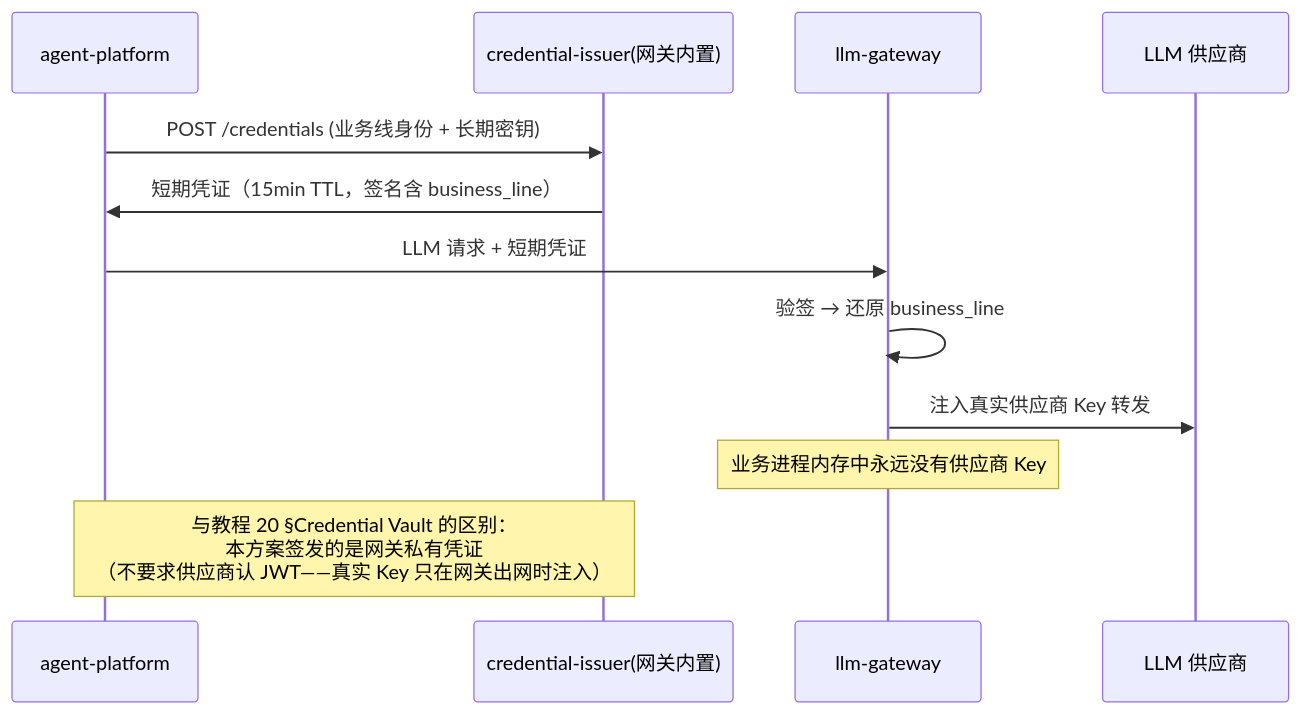
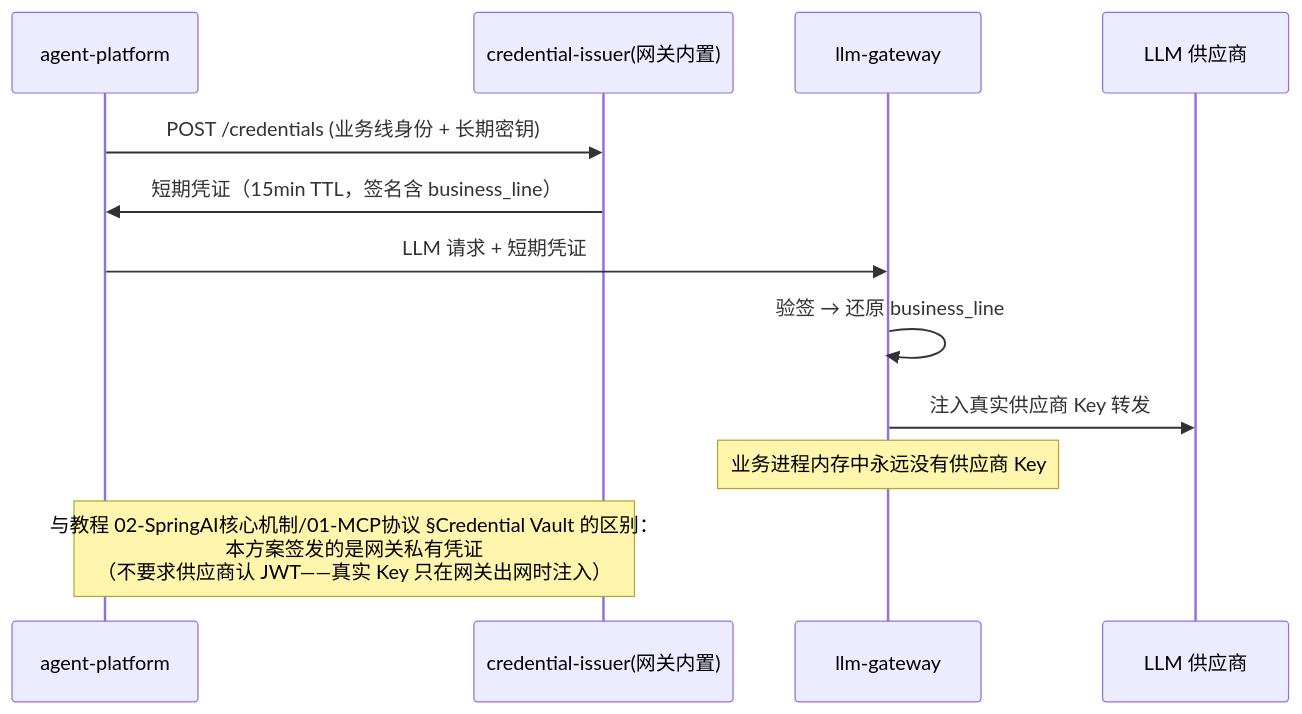
The second of 2 diagrams in docs/项目/05-企业级Agent中台/02-LLM网关独立.md (UranusGit/java-agent-learn), drawn with Mermaid before and after one commit. The commit also changed other lines of this file and 634 other files, not shown here.

````diff
--- a/docs/项目/05-企业级Agent中台/02-LLM网关独立.md
+++ b/docs/项目/05-企业级Agent中台/02-LLM网关独立.md
@@ -548,16 +548,16 @@
 ```mermaid
 sequenceDiagram
     participant Biz as agent-platform
     participant Auth as credential-issuer(网关内置)
     participant GW as llm-gateway
     participant Sup as LLM 供应商
 
     Biz->>Auth: POST /credentials (业务线身份 + 长期密钥)
     Auth->>Biz: 短期凭证（15min TTL，签名含 business_line）
     Biz->>GW: LLM 请求 + 短期凭证
     GW->>GW: 验签 → 还原 business_line
     GW->>Sup: 注入真实供应商 Key 转发
     Note over GW: 业务进程内存中永远没有供应商 Key
 
-    Note over Biz,Auth: 与教程 20 §Credential Vault 的区别：<br/>本方案签发的是网关私有凭证<br/>（不要求供应商认 JWT——真实 Key 只在网关出网时注入）
+    Note over Biz,Auth: 与教程 02-SpringAI核心机制/01-MCP协议 §Credential Vault 的区别：<br/>本方案签发的是网关私有凭证<br/>（不要求供应商认 JWT——真实 Key 只在网关出网时注入）
 ```
````
